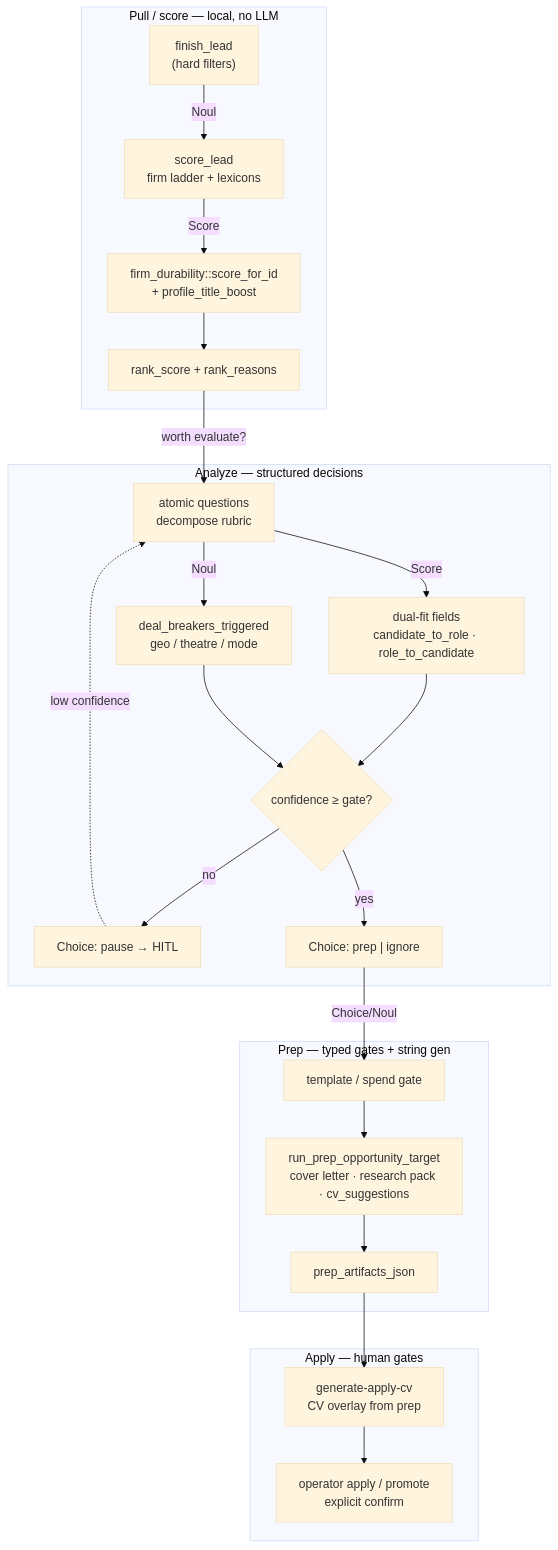
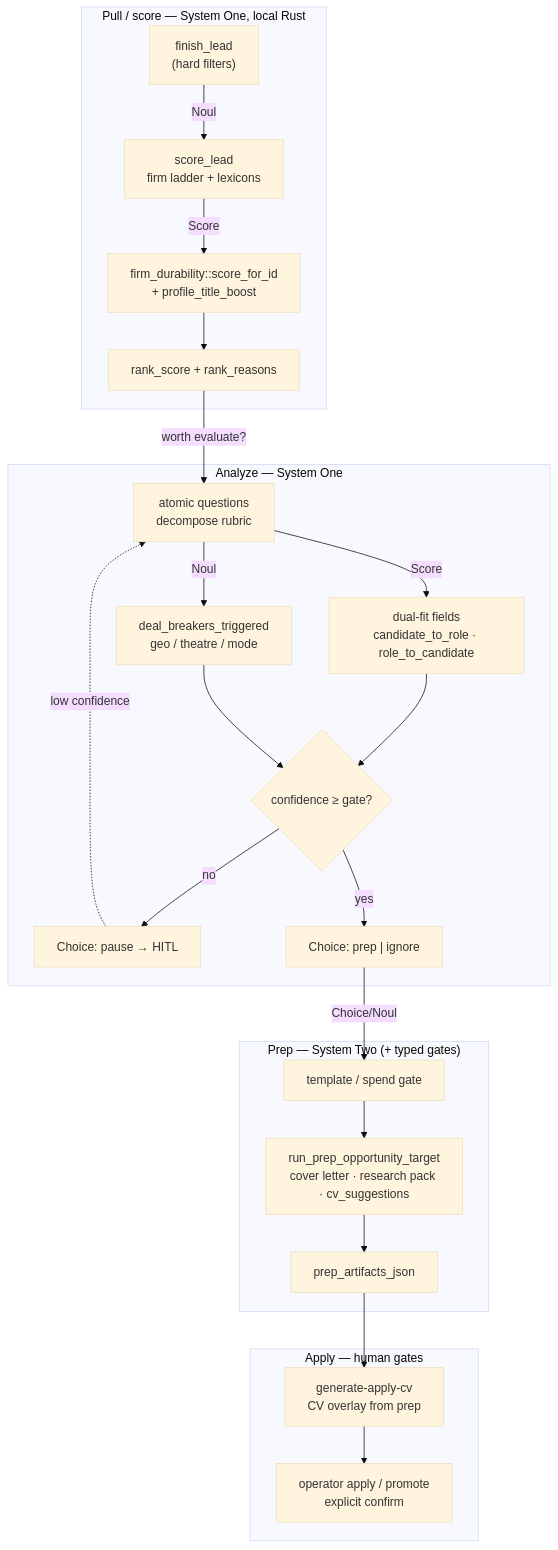
Before and after one commit to p10ns11y/collab-finder: the second of 2 diagrams in docs/system-one-jev.md, drawn with Mermaid (base theme). The commit also changed other lines of this file, not shown here.

First line of the commit message:
docs: add System One ↔ System Two map to operator note

````diff
--- a/docs/system-one-jev.md
+++ b/docs/system-one-jev.md
@@ -38,31 +104,31 @@
 ```mermaid
 flowchart TB
-  subgraph pull ["Pull / score — local, no LLM"]
+  subgraph pull ["Pull / score — System One, local Rust"]
     FL["finish_lead\n(hard filters)"] -->|Noul| SL["score_lead\nfirm ladder + lexicons"]
     SL -->|Score| FD["firm_durability::score_for_id\n+ profile_title_boost"]
     FD --> RS["rank_score + rank_reasons"]
   end
 
-  subgraph analyze ["Analyze — structured decisions"]
+  subgraph analyze ["Analyze — System One"]
     AQ["atomic questions\ndecompose rubric"] -->|Score| DF["dual-fit fields\ncandidate_to_role · role_to_candidate"]
     AQ -->|Noul| DB["deal_breakers_triggered\ngeo / theatre / mode"]
     DF --> CG{"confidence ≥ gate?"}
     DB --> CG
     CG -->|no| PA["Choice: pause → HITL"]
     CG -->|yes| PR["Choice: prep | ignore"]
   end
 
-  subgraph prep ["Prep — typed gates + string gen"]
+  subgraph prep ["Prep — System Two (+ typed gates)"]
     PR -->|Choice/Noul| TG["template / spend gate"]
     TG --> XP["run_prep_opportunity_target\ncover letter · research pack · cv_suggestions"]
     XP --> SA["prep_artifacts_json"]
   end
 
   subgraph apply ["Apply — human gates"]
     SA --> CV["generate-apply-cv\nCV overlay from prep"]
     CV --> AP["operator apply / promote\nexplicit confirm"]
   end
 
   RS -->|"worth evaluate?"| AQ
   PA -.->|"low confidence"| AQ
 ```
````
